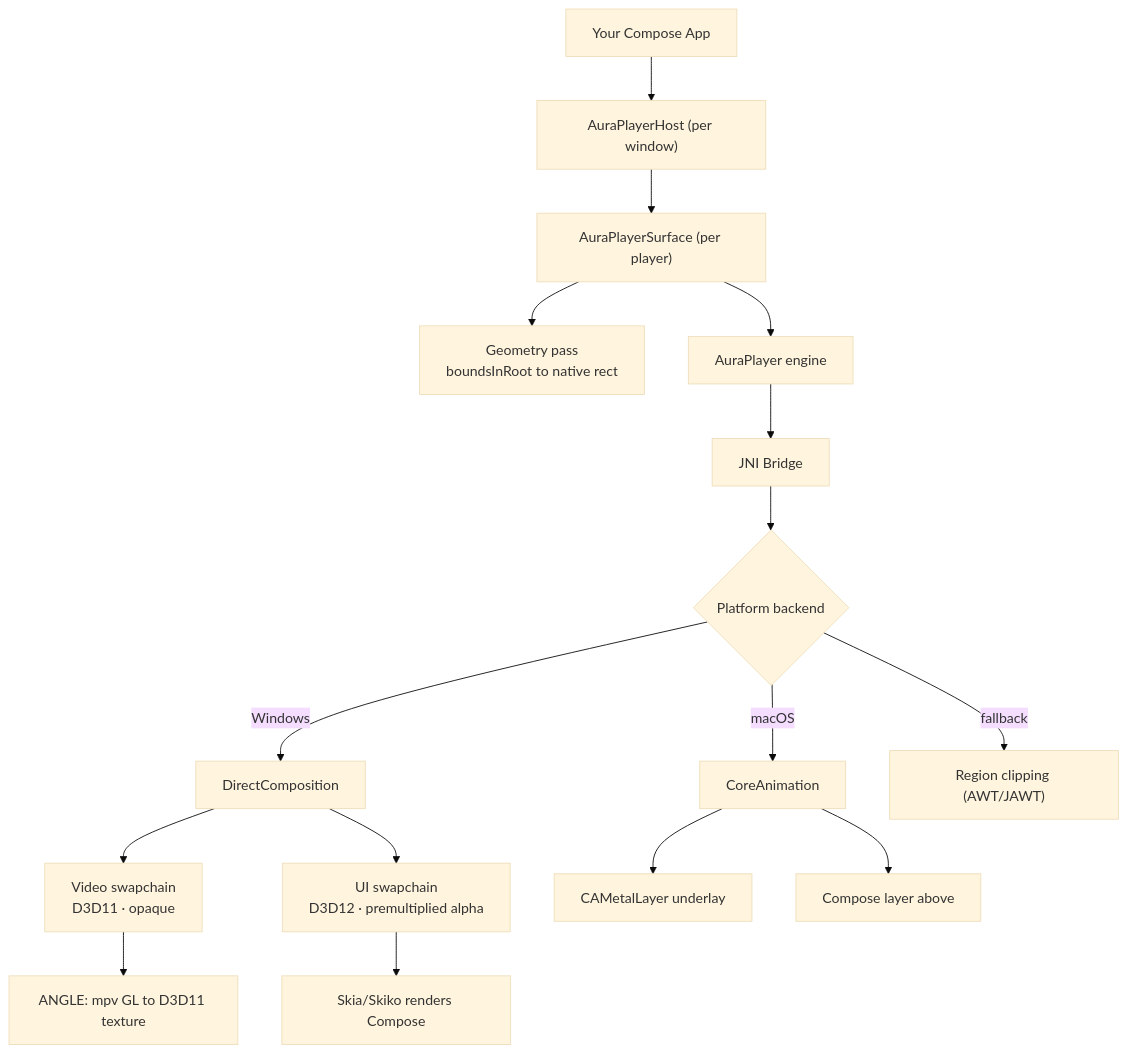
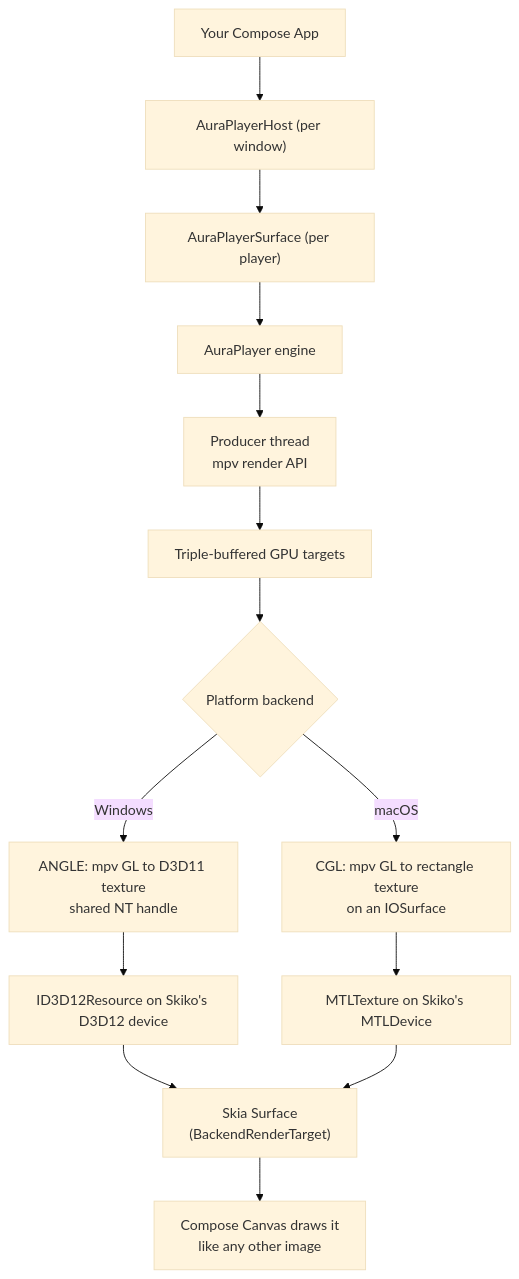
Before and after one commit to M0ssi-P/AuraPlayer: the diagram in README.md, drawn with Mermaid (base theme). The commit also changed other lines of this file, not shown here.

````diff
--- a/README.md
+++ b/README.md
@@ -62,29 +71,26 @@
 ```mermaid
 flowchart TD
     App["Your Compose App"]
-
     Host["AuraPlayerHost (per window)"]
     Surface["AuraPlayerSurface (per player)"]
 
     App --> Host
     Host --> Surface
-
-    Surface --> Geom["Geometry pass<br/>boundsInRoot to native rect"]
     Surface --> Engine["AuraPlayer engine"]
 
-    Engine --> JNI["JNI Bridge"]
-    JNI --> Backend{"Platform backend"}
+    Engine --> Producer["Producer thread<br/>mpv render API"]
+    Producer --> Buffers["Triple-buffered GPU targets"]
 
-    Backend -->|Windows| DComp["DirectComposition"]
-    Backend -->|macOS| CA["CoreAnimation"]
-    Backend -->|fallback| Region["Region clipping (AWT/JAWT)"]
+    Buffers --> Backend{"Platform backend"}
 
-    DComp --> VideoSC["Video swapchain<br/>D3D11 · opaque"]
-    DComp --> UiSC["UI swapchain<br/>D3D12 · premultiplied alpha"]
+    Backend -->|Windows| Win["ANGLE: mpv GL to D3D11 texture<br/>shared NT handle"]
+    Backend -->|macOS| Mac["CGL: mpv GL to rectangle texture<br/>on an IOSurface"]
 
-    VideoSC --> ANGLE["ANGLE: mpv GL to D3D11 texture"]
-    UiSC --> Skia["Skia/Skiko renders Compose"]
+    Win --> WinImport["ID3D12Resource on Skiko's D3D12 device"]
+    Mac --> MacImport["MTLTexture on Skiko's MTLDevice"]
 
-    CA --> Metal["CAMetalLayer underlay"]
-    CA --> ComposeLayer["Compose layer above"]
+    WinImport --> Skia["Skia Surface<br/>(BackendRenderTarget)"]
+    MacImport --> Skia
+
+    Skia --> Draw["Compose Canvas draws it<br/>like any other image"]
 ```
````
